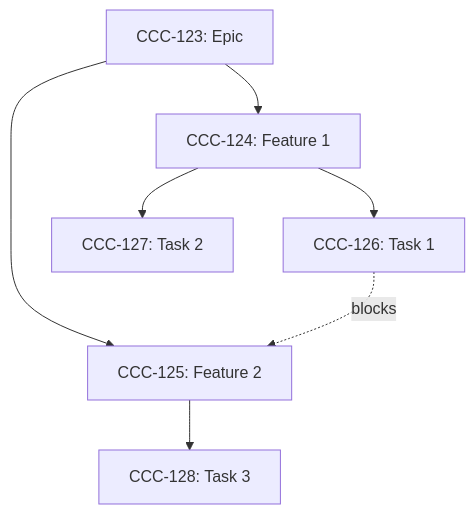
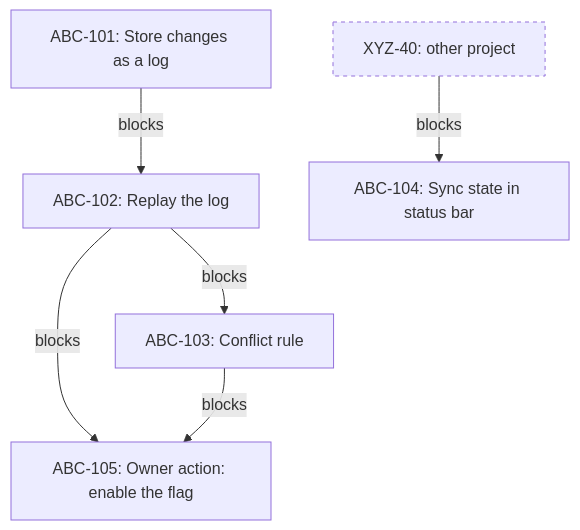
Before and after one commit to memyselfandm/cconami: the diagram in plugins/linear-workflow/skills/analyzing-dependencies/SKILL.md, drawn with Mermaid. The commit also changed other lines of this file and 50 other files, not shown here.

````diff
--- a/plugins/linear-workflow/skills/analyzing-dependencies/SKILL.md
+++ b/plugins/linear-workflow/skills/analyzing-dependencies/SKILL.md
@@ -185,9 +198,10 @@
 ```mermaid
 graph TD
-    A[CCC-123: Epic] --> B[CCC-124: Feature 1]
-    A --> C[CCC-125: Feature 2]
-    B --> D[CCC-126: Task 1]
-    B --> E[CCC-127: Task 2]
-    C --> F[CCC-128: Task 3]
-    D -.->|blocks| C
+    A[ABC-101: Store changes as a log] -->|blocks| B[ABC-102: Replay the log]
+    B -->|blocks| C[ABC-103: Conflict rule]
+    B -->|blocks| E[ABC-105: Owner action: enable the flag]
+    C -->|blocks| E
+    D[ABC-104: Sync state in status bar]
+    X[XYZ-40: other project]:::external -->|blocks| D
+    classDef external stroke-dasharray: 4 4
 ```
````
